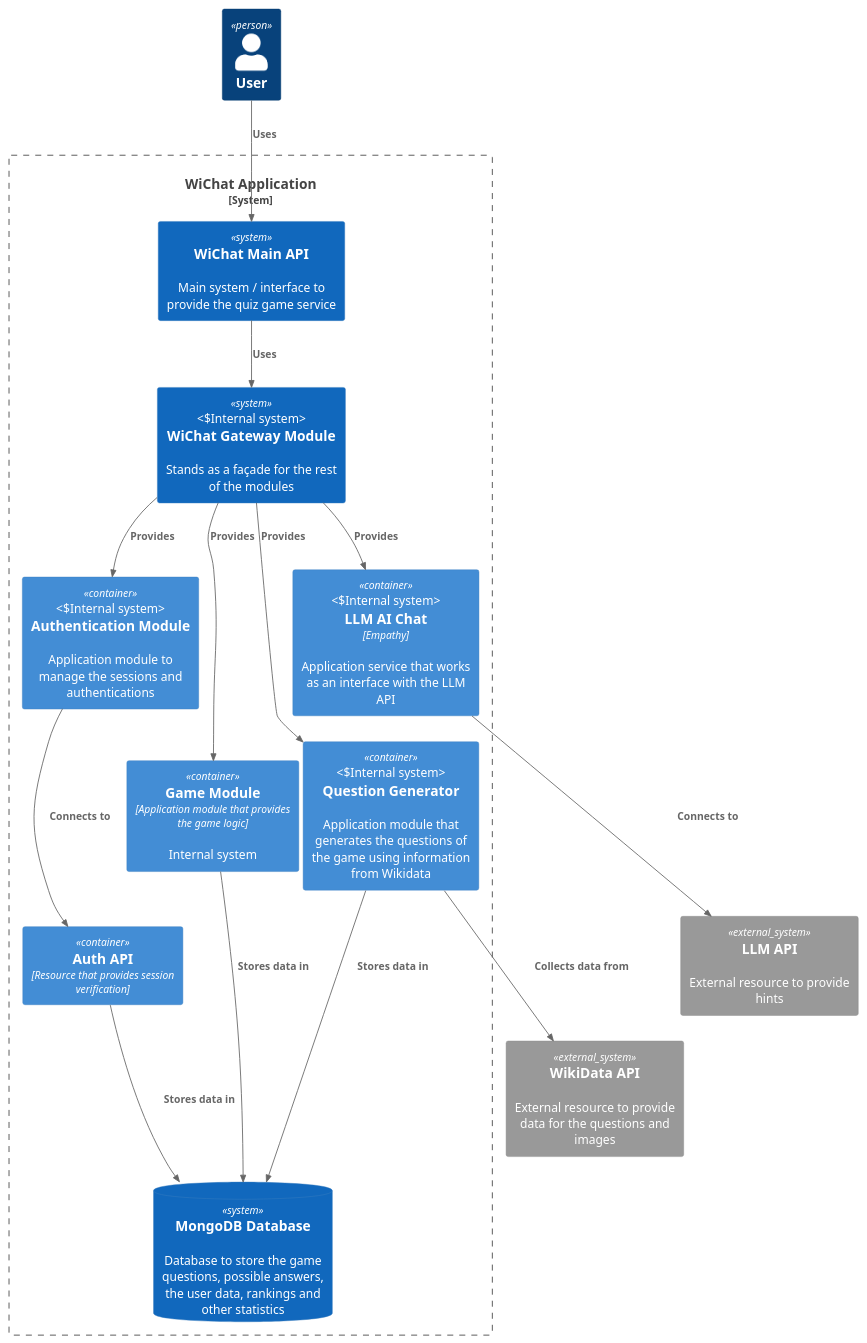
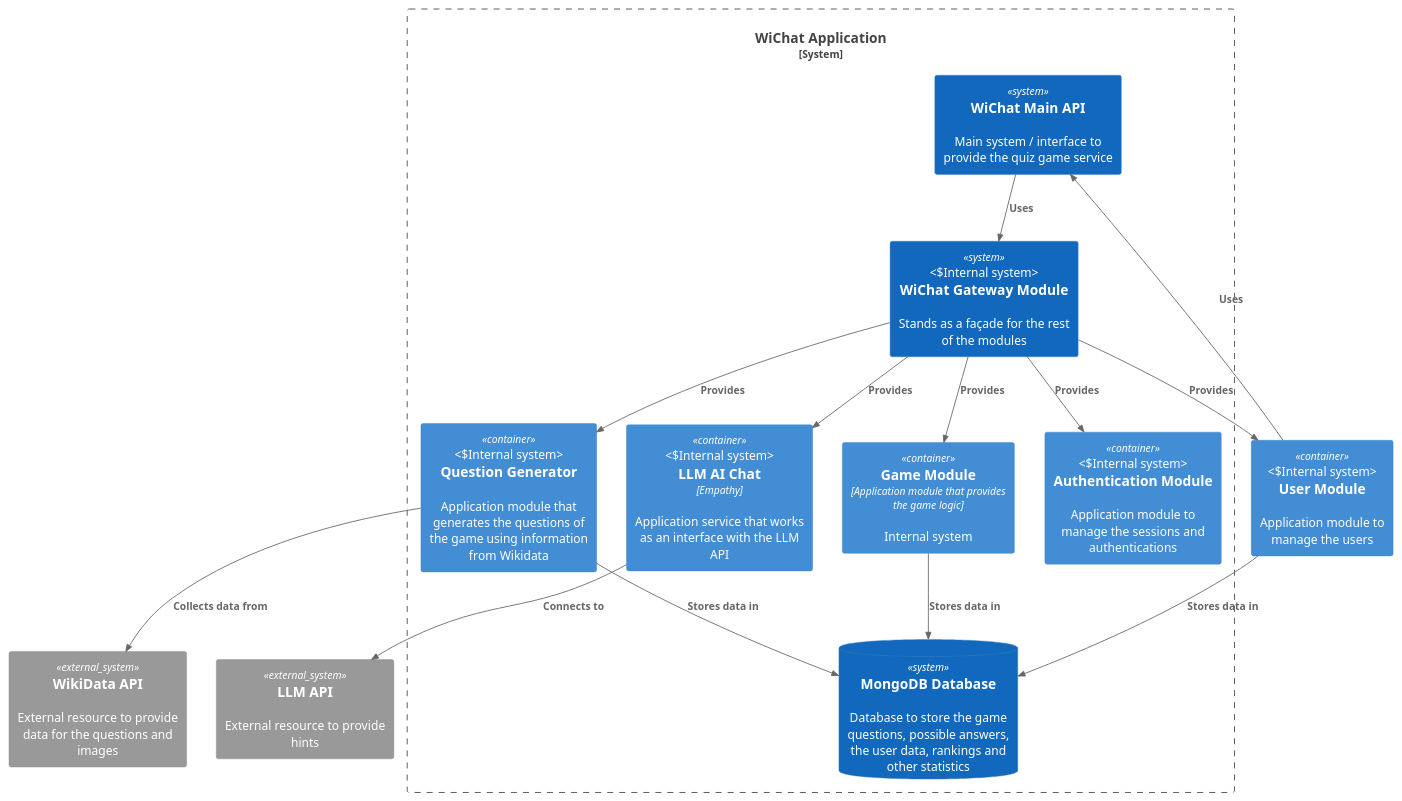
One commit to Arquisoft/wichat_en1a changed the diagram in docs/src/diagrams/S3_C4_Business_Context_Diagram.puml. Above: the diagram before and after it, drawn with PlantUML. The commit also changed 2 other files, not shown here.

Commit message:
fix diagrams and add game module description

```diff
--- a/docs/src/diagrams/S3_C4_Business_Context_Diagram.puml
+++ b/docs/src/diagrams/S3_C4_Business_Context_Diagram.puml
@@ -1,33 +1,33 @@
 @startuml C4_Business_Context_Diagram
 !include <C4/C4_Container>
 
 top to bottom direction
 
 Person(user, "User")
 System_Boundary(quizGame, "WiChat Application") {
     System(wichat, "WiChat Main API", "Main system / interface to provide the quiz game service")
     System(gateway, "WiChat Gateway Module", "Stands as a façade for the rest of the modules", "Internal system")
     Container(llmChat, "LLM AI Chat", "Empathy", "Application service that works as an interface with the LLM API", "Internal system")
     Container(auth, "Authentication Module", "", "Application module to manage the sessions and authentications", "Internal system")
+    Container(user, "User Module", "", "Application module to manage the users", "Internal system")
     Container(gameService, "Game Module", "Application module that provides the game logic", "Internal system")
     Container(questionGen, "Question Generator", "", "Application module that generates the questions of the game using information from Wikidata", "Internal system")
-    Container(authAPI, "Auth API", "Resource that provides session verification")
     SystemDb(mongodb, "MongoDB Database", "Database to store the game questions, possible answers, the user data, rankings and other statistics")    
 }
 System_Ext(wikidata, "WikiData API", "External resource to provide data for the questions and images")
 System_Ext(llm, "LLM API", "External resource to provide hints")
 
 Rel(user, wichat, "Uses")
 Rel(wichat, gateway, "Uses")
 Rel(gateway, llmChat, "Provides")
 Rel(gateway, auth, "Provides")
+Rel(gateway, user, "Provides")
 Rel(gateway, questionGen, "Provides")
 Rel(gateway, gameService, "Provides")
 Rel(llmChat, llm, "Connects to")
-Rel(auth, authAPI, "Connects to")
-Rel(authAPI, mongodb, "Stores data in")
+Rel(user, mongodb, "Stores data in")
 Rel(questionGen, mongodb, "Stores data in")
 Rel(gameService, mongodb, "Stores data in")
 Rel(questionGen, wikidata, "Collects data from")
 
 @enduml
```
